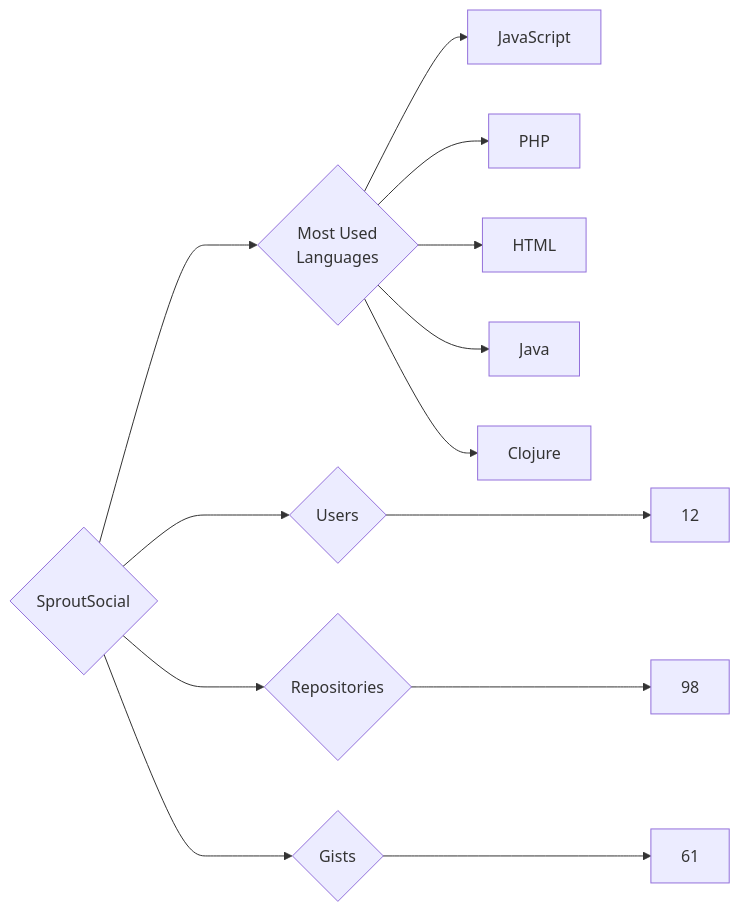
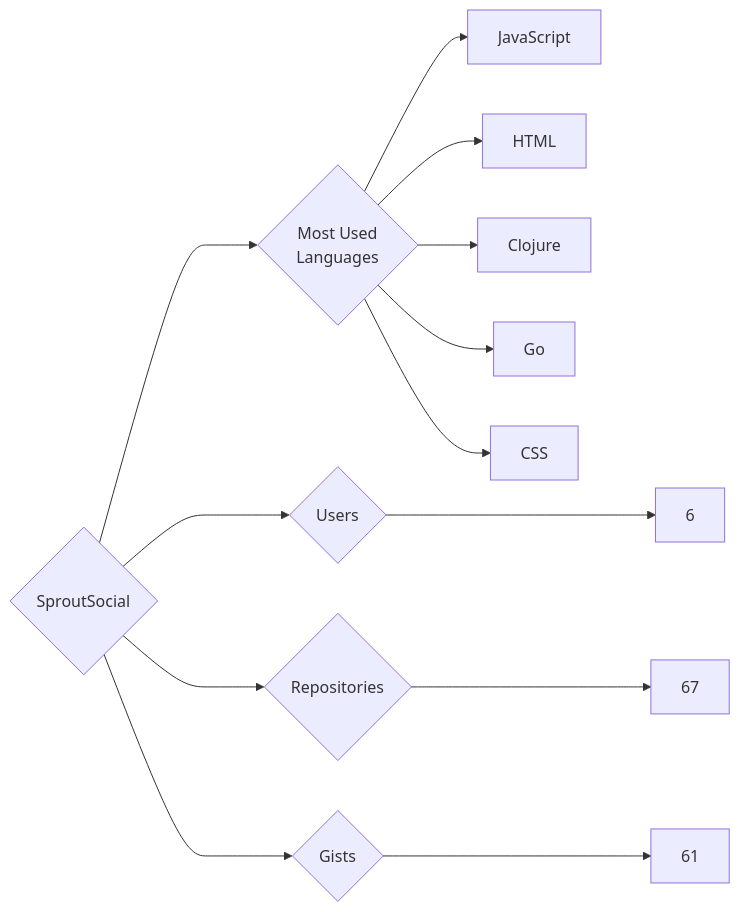
Before and after one commit to trickest/insiders: the diagram in targets/SproutSocial/README.md, drawn with Mermaid. The commit also changed 1248 other files, not shown here.

````diff
--- a/targets/SproutSocial/README.md
+++ b/targets/SproutSocial/README.md
@@ -3,13 +3,13 @@
 ```mermaid
 graph LR
 COMPANY_NAME{SproutSocial}
-COMPANY_NAME ---> U{Users} ---> UN[12]
-COMPANY_NAME ---> R{Repositories} ---> RN[98]
+COMPANY_NAME ---> U{Users} ---> UN[6]
+COMPANY_NAME ---> R{Repositories} ---> RN[67]
 COMPANY_NAME ---> G{Gists} ---> GN[61]
 COMPANY_NAME ---> ML{Most Used<br>Languages}
 ML --> JavaScript[JavaScript]
-ML --> PHP[PHP]
 ML --> HTML[HTML]
-ML --> Java[Java]
 ML --> Clojure[Clojure]
+ML --> Go[Go]
+ML --> CSS[CSS]
 ```
````
